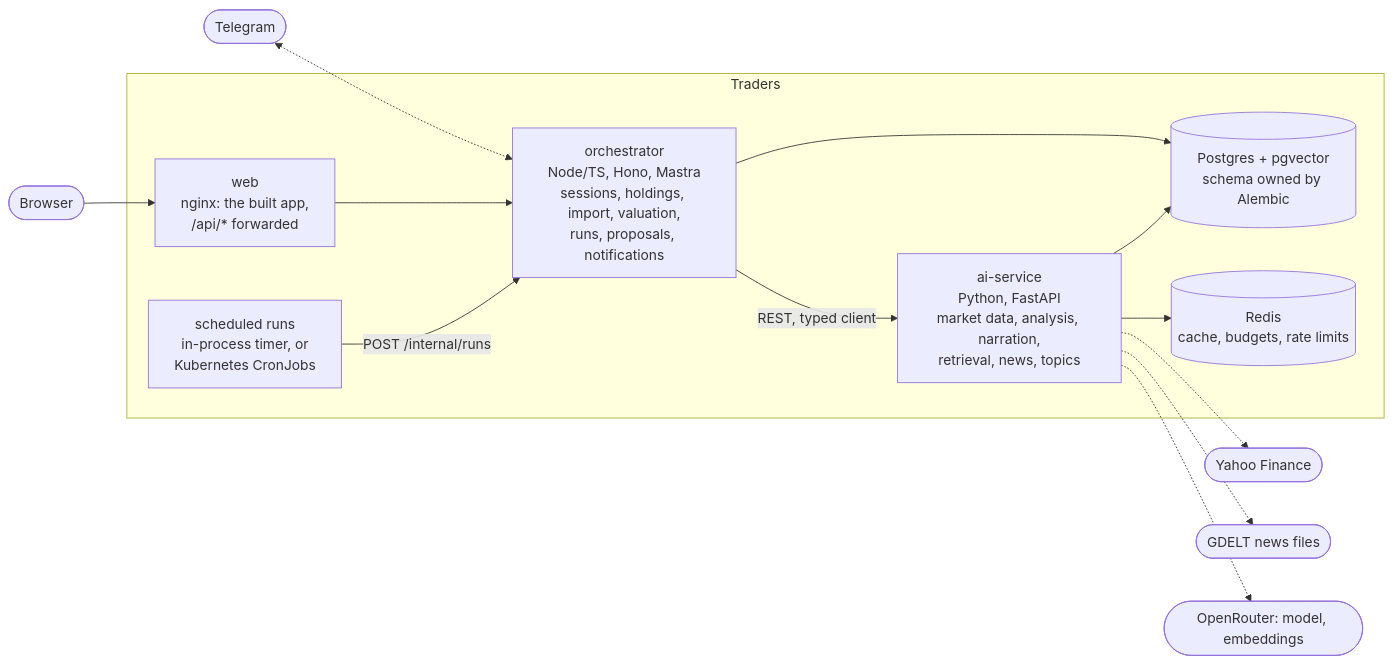
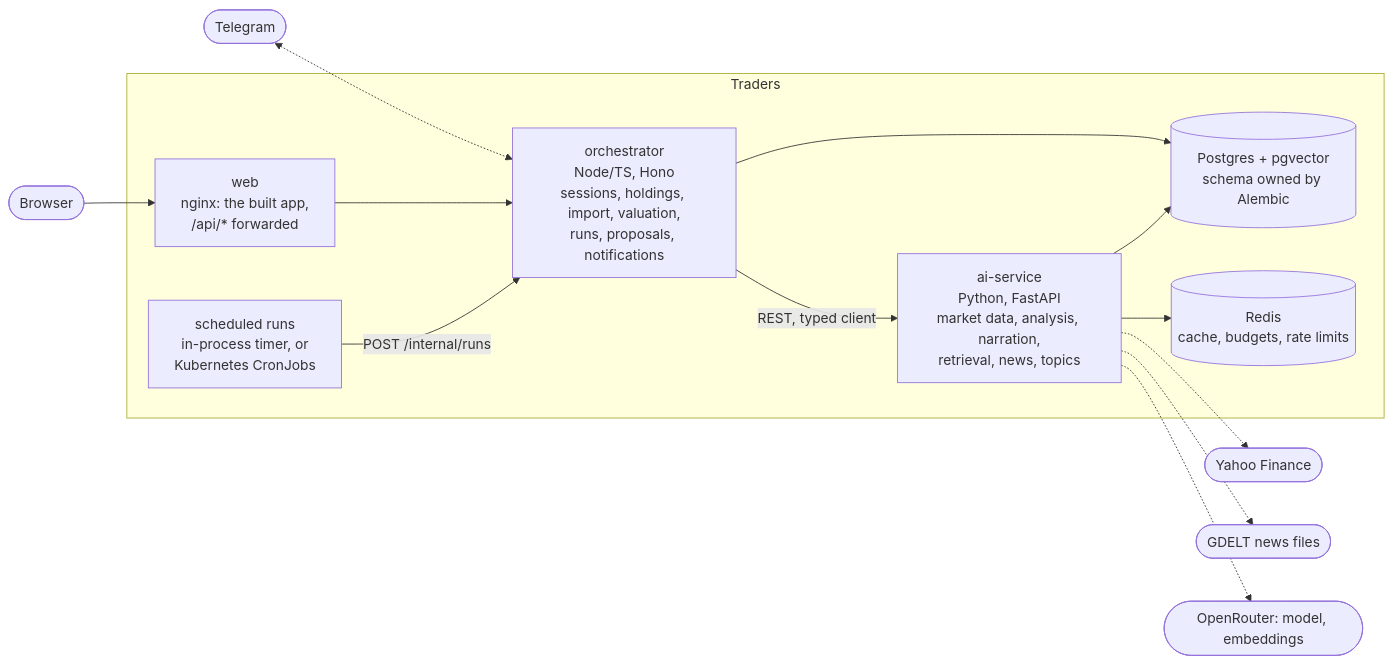
One commit to barakfisher/Trader changed the diagram in README.md. Above: the diagram before and after it, drawn with Mermaid. The commit also changed other lines of this file and 23 other files, not shown here.

````diff
--- a/README.md
+++ b/README.md
@@ -89,17 +89,17 @@
 ```mermaid
 flowchart LR
     browser([Browser]) --> web
     telegram([Telegram]) <-.-> orchestrator
     subgraph app [Traders]
         web["web<br/>nginx: the built app,<br/>/api/* forwarded"] --> orchestrator
-        orchestrator["orchestrator<br/>Node/TS, Hono, Mastra<br/>sessions, holdings, import, valuation,<br/>runs, proposals, notifications"] -->|REST, typed client| ai
+        orchestrator["orchestrator<br/>Node/TS, Hono<br/>sessions, holdings, import, valuation,<br/>runs, proposals, notifications"] -->|REST, typed client| ai
         ai["ai-service<br/>Python, FastAPI<br/>market data, analysis, narration,<br/>retrieval, news, topics"]
         scheduler["scheduled runs<br/>in-process timer, or<br/>Kubernetes CronJobs"] -->|POST /internal/runs| orchestrator
         orchestrator --> pg[("Postgres + pgvector<br/>schema owned by Alembic")]
         ai --> pg
         ai --> redis[("Redis<br/>cache, budgets, rate limits")]
     end
     ai -.-> yahoo([Yahoo Finance])
     ai -.-> gdelt([GDELT news files])
     ai -.-> llm([OpenRouter: model, embeddings])
 ```
````
